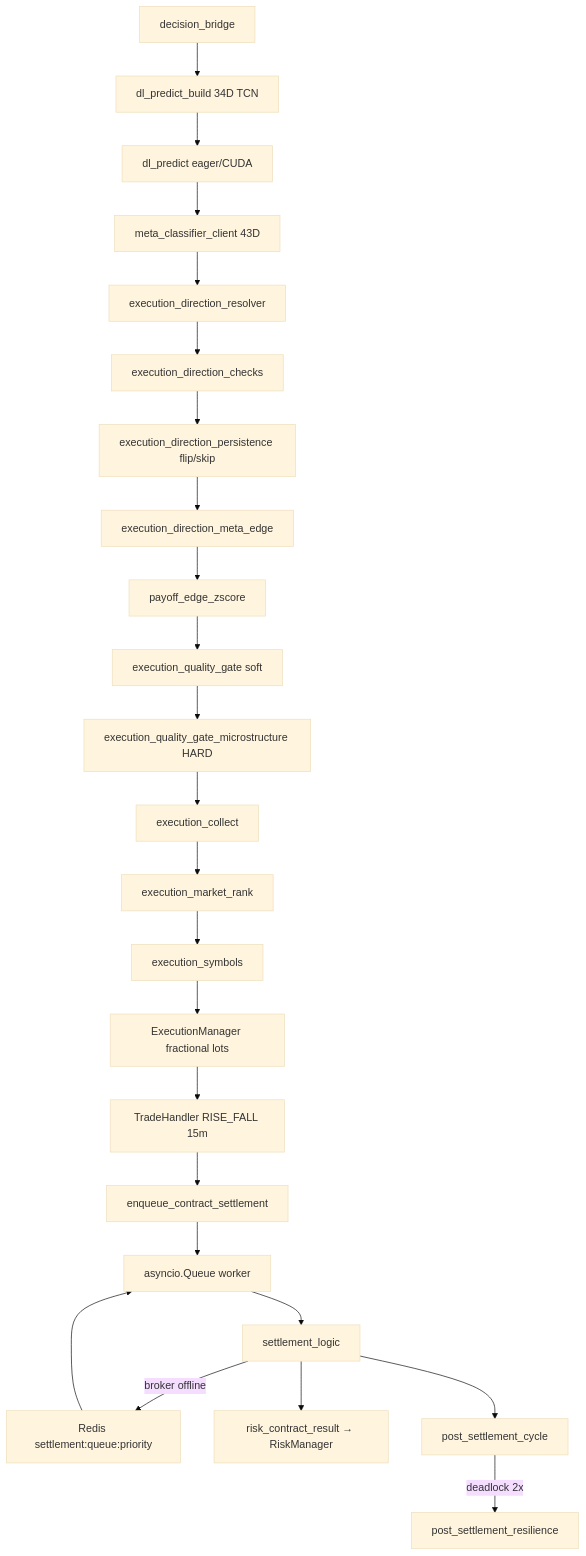
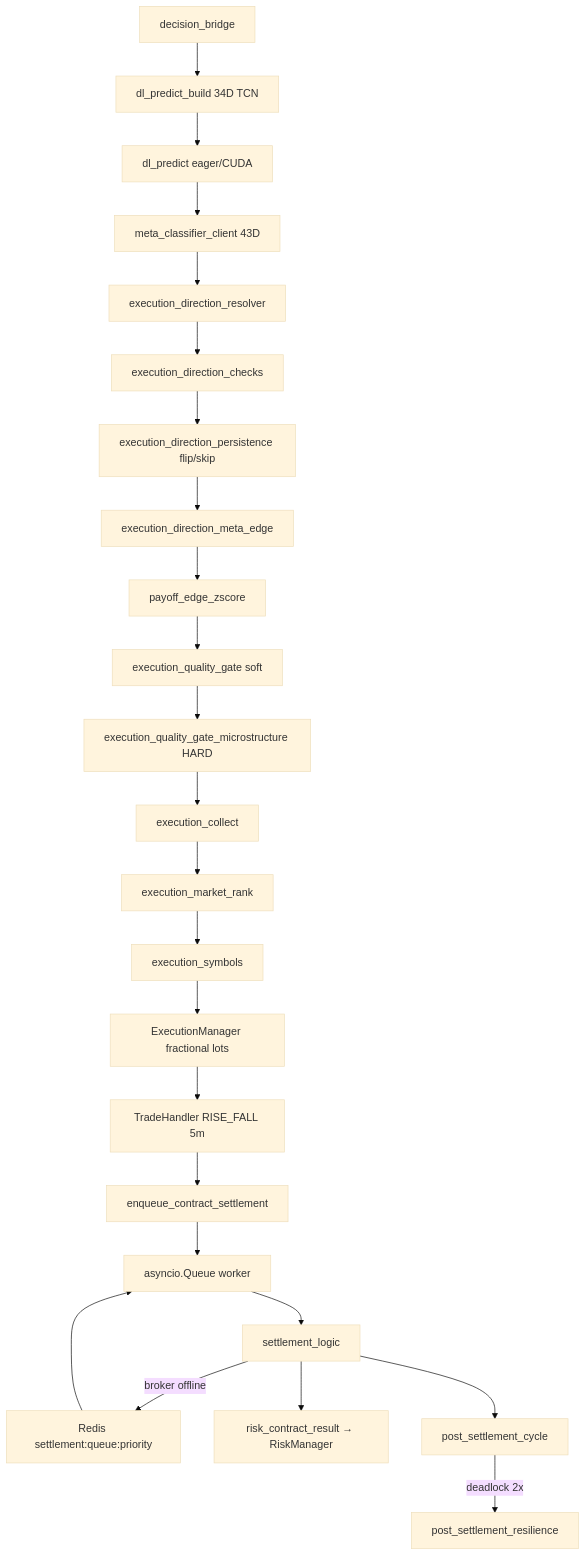
One commit to victorh-silveira/aether-quantum-engine changed the diagram in docs/structure.md. Above: the diagram before and after it, drawn with Mermaid (base theme). The commit also changed 19 other files, not shown here.

````diff
--- a/docs/structure.md
+++ b/docs/structure.md
@@ -474,26 +474,26 @@
 ```mermaid
 flowchart TD
   BR[decision_bridge] --> BUNDLE[dl_predict_build 34D TCN]
   BUNDLE --> PRED[dl_predict eager/CUDA]
   PRED --> META[meta_classifier_client 43D]
   META --> RES[execution_direction_resolver]
   RES --> CHK[execution_direction_checks]
   CHK --> DG[execution_direction_persistence flip/skip]
   DG --> EDGE[execution_direction_meta_edge]
   EDGE --> ZS[payoff_edge_zscore]
   ZS --> QG[execution_quality_gate soft]
   QG --> MICRO[execution_quality_gate_microstructure HARD]
   MICRO --> COL[execution_collect]
   COL --> RANK[execution_market_rank]
   RANK --> SYM[execution_symbols]
   SYM --> EM[ExecutionManager fractional lots]
-  EM --> TH[TradeHandler RISE_FALL 15m]
+  EM --> TH[TradeHandler RISE_FALL 5m]
   TH --> ENQ[enqueue_contract_settlement]
   ENQ --> WQ[asyncio.Queue worker]
   WQ --> ST[settlement_logic]
   ST -->|broker offline| RQ[Redis settlement:queue:priority]
   RQ --> WQ
   ST --> RM[risk_contract_result → RiskManager]
   ST --> PSC[post_settlement_cycle]
   PSC -->|deadlock 2x| REC[post_settlement_resilience]
 ```
````
